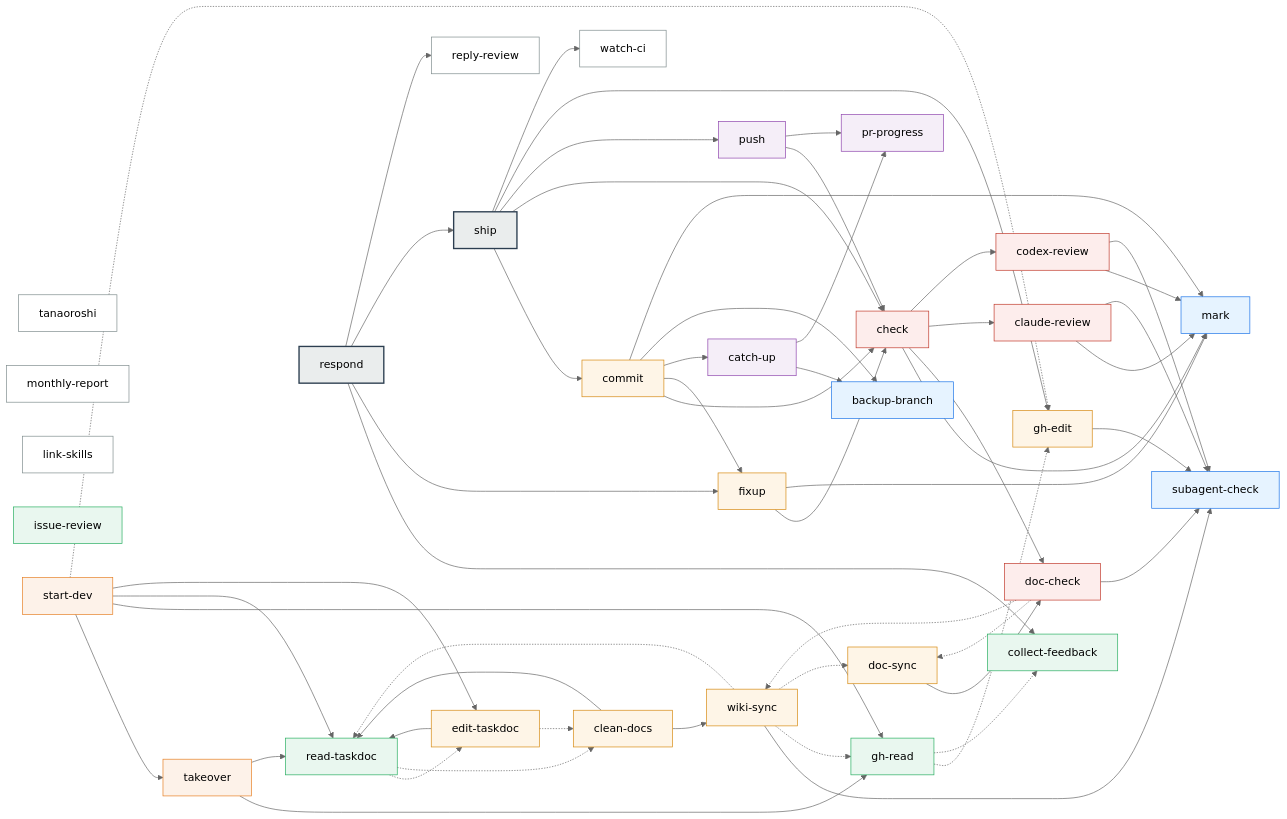
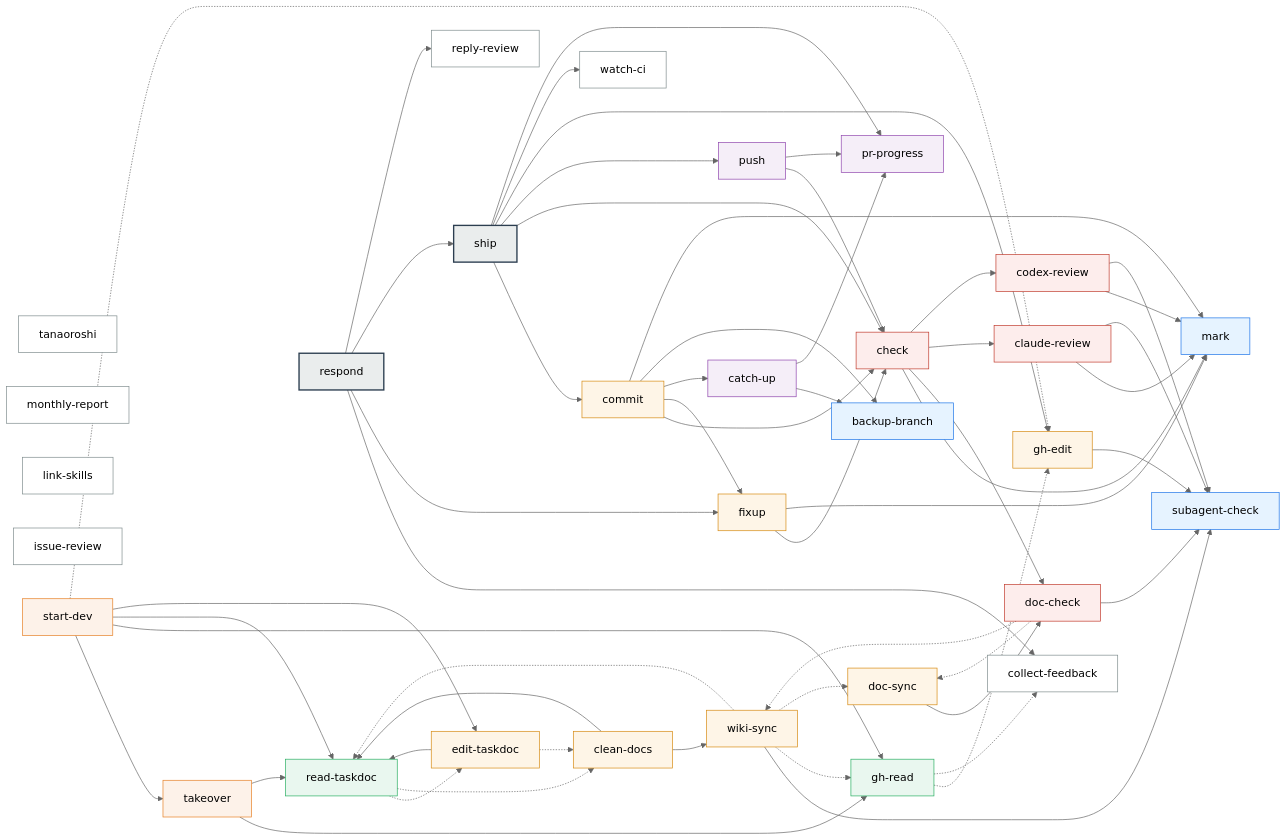
One commit to mistbind3u88/bonsai changed the second of 2 diagrams in README.md. Above: the diagram before and after it, drawn with Mermaid (neutral theme). The commit also changed other lines of this file and 1 other file, not shown here.

Commit message:
fix: doc-check 指摘に従い L0/L1/L2 分類の不整合を修正
doc-check のレビューで検出された分類とグラフの食い違いを修正。

- README.md mermaid: issue-review と collect-feedback を atomic に
  移動（AGENTS.md 上は L0 atomic だが図上は read に分類されていた）。
  ship に pr-progress エッジを追加（実体に合わせる）
- README.md 凡例: workflow 行の「単機能スキル」を「L0/L1 スキル」に
  揃え、新分類用語と整合
- AGENTS.md L5: 「ワークフロースキル」を一般名詞として使うと L2 の
  専用語と紛れるため「開発スキル群（L0/L1/L2）」と表現
- AGENTS.md ship 例示: 実体に合わせて
  /commit → /check → /push → /gh-edit → /watch-ci → /pr-progress に
  拡張し「代表ステップ」と注記

```diff
--- a/README.md
+++ b/README.md
@@ -99,11 +99,11 @@
     link-skills:::atomic
     watch-ci:::atomic
     reply-review:::atomic
+    issue-review:::atomic
+    collect-feedback:::atomic
 
     gh-read:::read
     read-taskdoc:::read
-    issue-review:::read
-    collect-feedback:::read
 
     commit:::edit
     fixup:::edit
@@ -178,6 +178,7 @@
     ship --> push
     ship --> gh-edit
     ship --> watch-ci
+    ship --> pr-progress
     respond --> collect-feedback
     respond --> fixup
     respond --> ship
```
